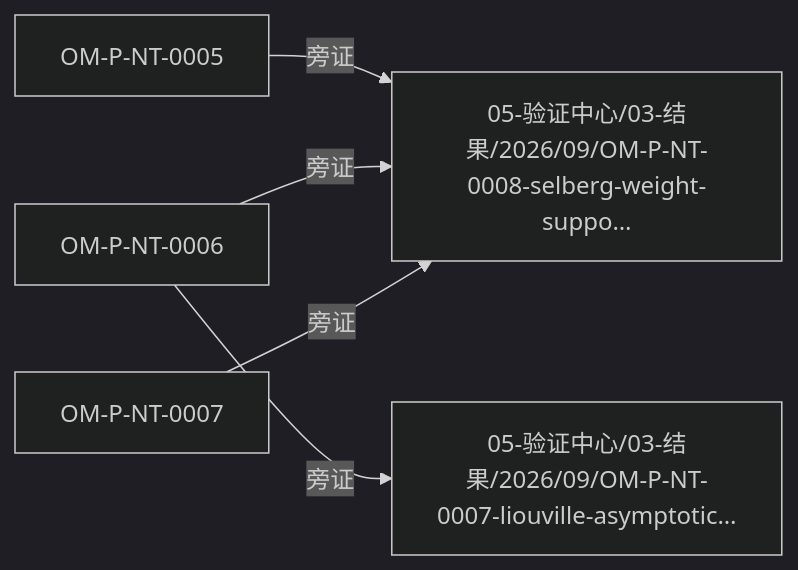
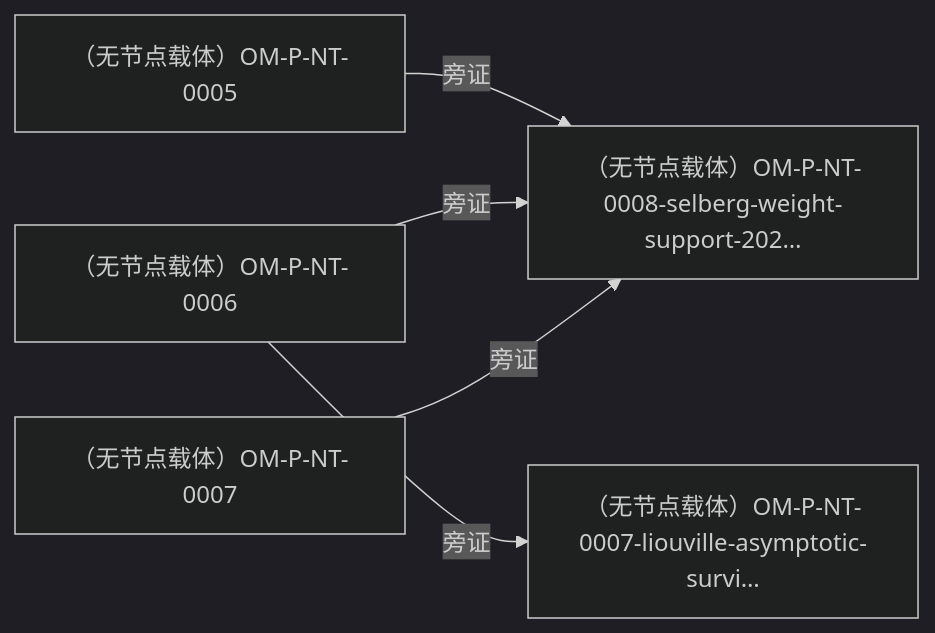
One commit to aikjx/openmath changed the fifth of 5 diagrams in 10-文献与索引/四层总览.md. Above: the diagram before and after it, drawn with Mermaid (dark theme). The commit also changed other lines of this file and 17 other files, not shown here.

Commit message:
fix(openmath): 修复知识图谱端点解析——doc 节点改用路径建键、新增 resolve 双命名空间归键（撞号 ID 无 record 主判无载体），修复 57/168 条边端点查不到键导致的图静默丢边；新增 EDGE_ENDPOINT_OFF_GRAPH/CONTRADICTION_ASYMMETRIC 缺口类与 KEY-COLLAPSE/SELF-MERGE/TYPE-UNRENDERED 不变量，新增 contradicts 边型与盲端显式标签渲染

````diff
--- a/10-文献与索引/四层总览.md
+++ b/10-文献与索引/四层总览.md
@@ -440,12 +475,12 @@
 ```mermaid
 flowchart LR
-  n1["OM-P-NT-0005"]
-  n2["05-验证中心/03-结果/2026/09/OM-P-NT-0008-selberg-weight-suppo…"]
+  n1["（无节点载体）OM-P-NT-0005"]
+  n2["（无节点载体）OM-P-NT-0008-selberg-weight-support-202…"]
   n1 -->|旁证| n2
-  n3["OM-P-NT-0006"]
-  n4["05-验证中心/03-结果/2026/09/OM-P-NT-0007-liouville-asymptotic…"]
+  n3["（无节点载体）OM-P-NT-0006"]
+  n4["（无节点载体）OM-P-NT-0007-liouville-asymptotic-survi…"]
   n3 -->|旁证| n4
   n3 -->|旁证| n2
-  n5["OM-P-NT-0007"]
+  n5["（无节点载体）OM-P-NT-0007"]
   n5 -->|旁证| n2
 ```
````
